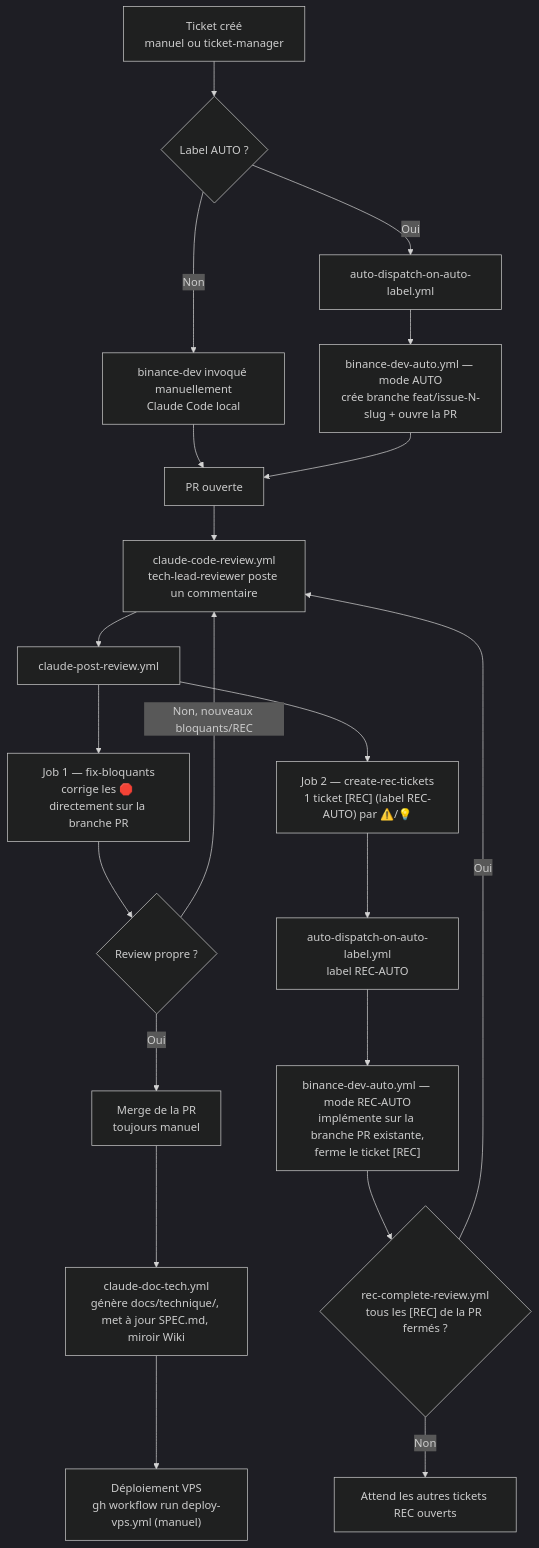
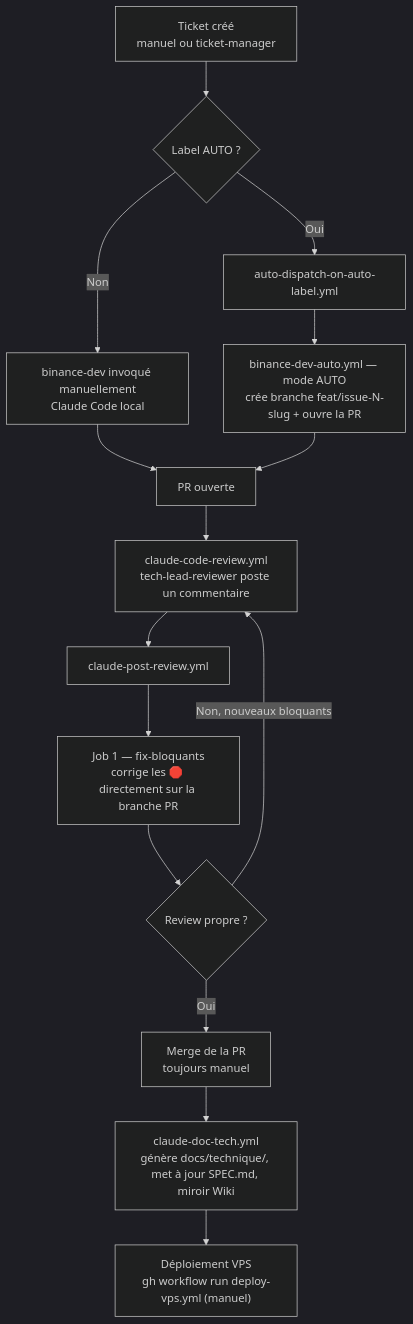
The diagram in docs/workflow-tickets.md (yousmaaza/agent-binance), drawn with Mermaid (dark theme) before and after one commit. The commit also changed other lines of this file and 3 other files, not shown here.

First line of the commit message:
[TECH] Retirer le déclencheur REC-AUTO et le job create-rec-tickets

````diff
--- a/docs/workflow-tickets.md
+++ b/docs/workflow-tickets.md
@@ -7,23 +7,17 @@
 ```mermaid
 flowchart TD
     A[Ticket créé<br/>manuel ou ticket-manager] --> B{Label AUTO ?}
     B -->|Non| C[binance-dev invoqué manuellement<br/>Claude Code local]
     B -->|Oui| D[auto-dispatch-on-auto-label.yml]
     D --> E["binance-dev-auto.yml — mode AUTO<br/>crée branche feat/issue-N-slug + ouvre la PR"]
     C --> F[PR ouverte]
     E --> F
     F --> G["claude-code-review.yml<br/>tech-lead-reviewer poste un commentaire"]
     G --> H[claude-post-review.yml]
     H --> I["Job 1 — fix-bloquants<br/>corrige les 🛑 directement sur la branche PR"]
-    H --> J["Job 2 — create-rec-tickets<br/>1 ticket [REC] (label REC-AUTO) par ⚠️/💡"]
-    J --> K[auto-dispatch-on-auto-label.yml<br/>label REC-AUTO]
-    K --> L["binance-dev-auto.yml — mode REC-AUTO<br/>implémente sur la branche PR existante,<br/>ferme le ticket [REC]"]
-    L --> M{"rec-complete-review.yml<br/>tous les [REC] de la PR fermés ?"}
-    M -->|Non| N[Attend les autres tickets REC ouverts]
-    M -->|Oui| G
     I --> O{Review propre ?}
-    O -->|Non, nouveaux bloquants/REC| G
+    O -->|Non, nouveaux bloquants| G
     O -->|Oui| P["Merge de la PR<br/>toujours manuel"]
     P --> Q["claude-doc-tech.yml<br/>génère docs/technique/, met à jour SPEC.md, miroir Wiki"]
     Q --> R["Déploiement VPS<br/>gh workflow run deploy-vps.yml (manuel)"]
 ```
````
